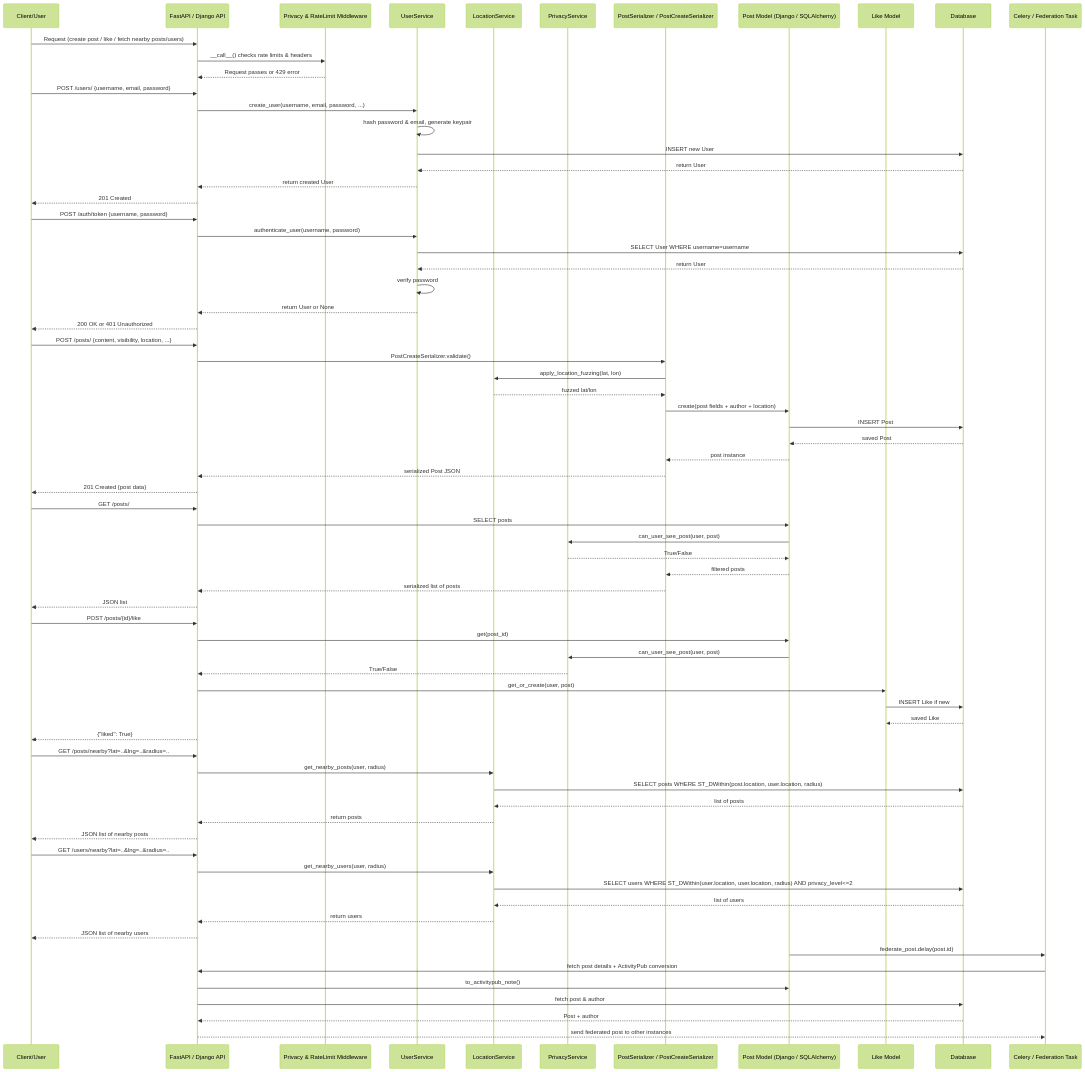
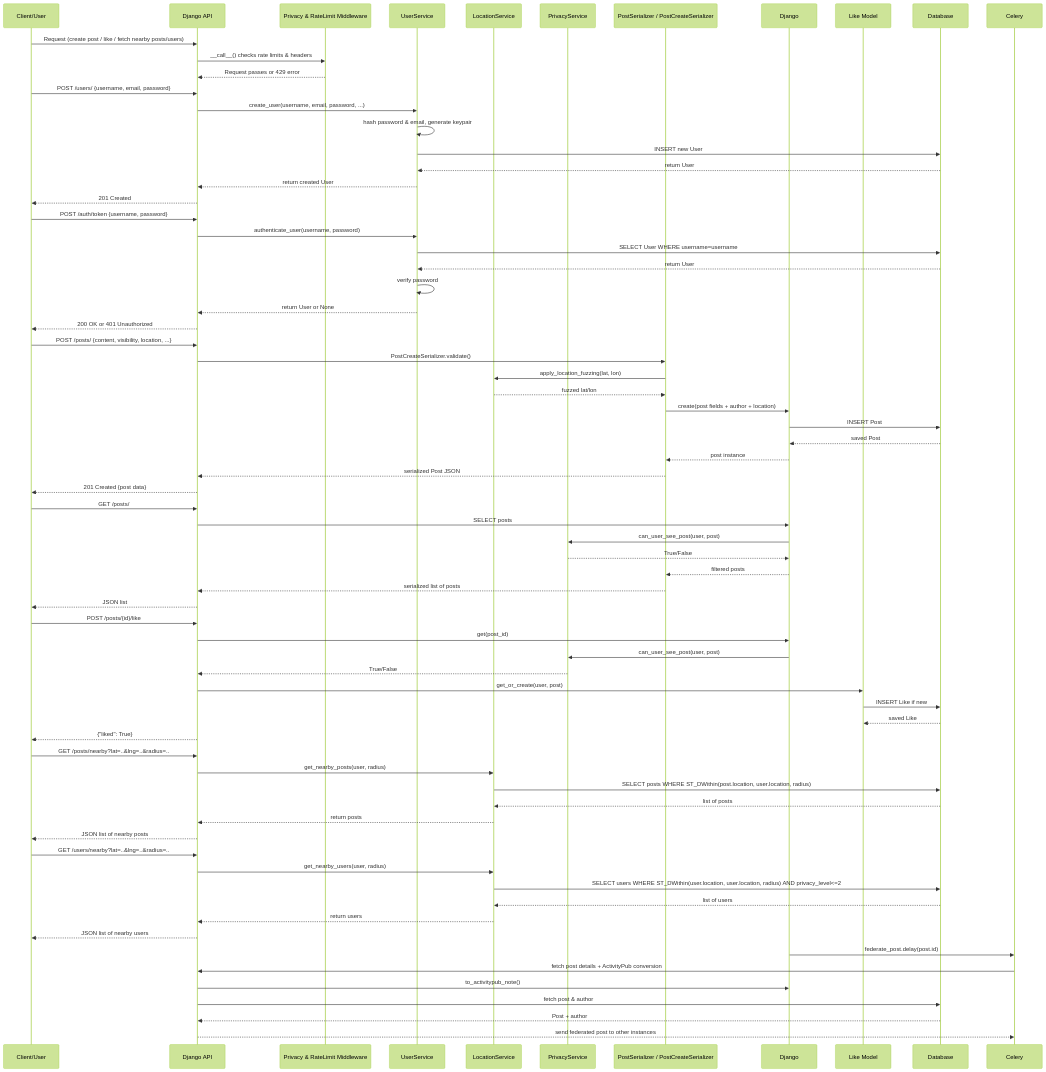
The diagram in README.md (B1naryB0t/Glade), drawn with Mermaid (forest theme) before and after one commit.

````diff
--- a/README.md
+++ b/README.md
@@ -17,16 +17,16 @@
 ```mermaid
 sequenceDiagram
     participant Client as Client/User
-    participant API as FastAPI / Django API
+    participant API as Django API
     participant Middleware as Privacy & RateLimit Middleware
     participant UserService as UserService
     participant LocationService as LocationService
     participant PrivacyService as PrivacyService
     participant Serializer as PostSerializer / PostCreateSerializer
-    participant PostModel as Post Model (Django / SQLAlchemy)
+    participant PostModel as Django
     participant LikeModel as Like Model
     participant DB as Database
-    participant Celery as Celery / Federation Task
+    participant Celery as Celery
 
     %% === Middleware & Request Start ===
     Client->>API: Request (create post / like / fetch nearby posts/users)
````
